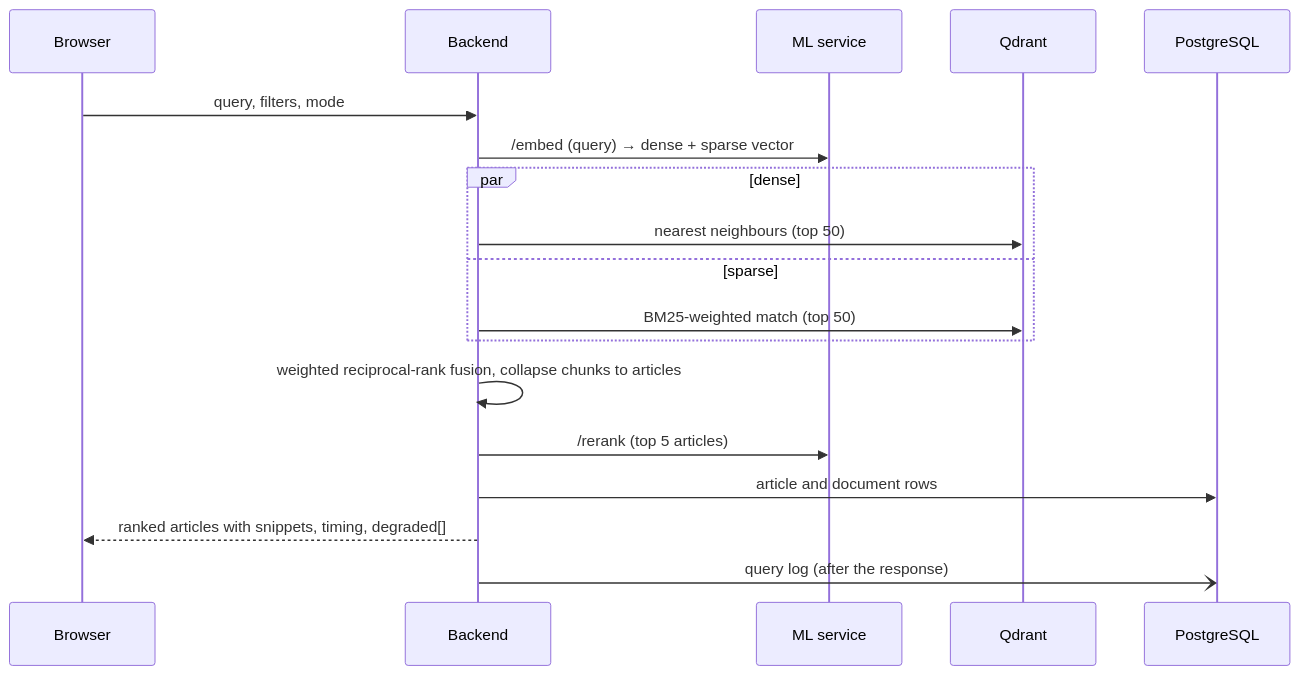
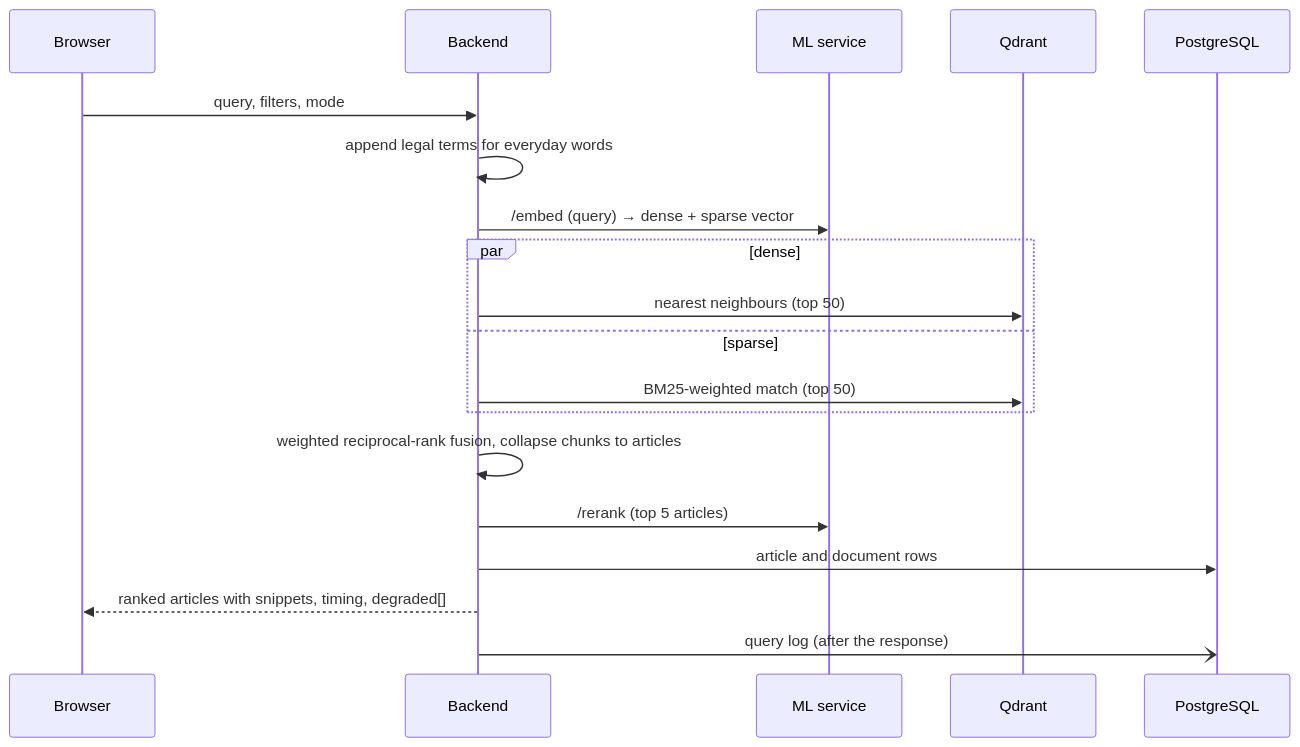
Before and after one commit to R0onen/adilet-search: the second of 6 diagrams in docs/tech/architecture.md, drawn with Mermaid. The commit also changed other lines of this file and 29 other files, not shown here.

````diff
--- a/docs/tech/architecture.md
+++ b/docs/tech/architecture.md
@@ -35,20 +35,21 @@
 ```mermaid
 sequenceDiagram
     participant U as Browser
     participant B as Backend
     participant M as ML service
     participant Q as Qdrant
     participant P as PostgreSQL
     U->>B: query, filters, mode
+    B->>B: append legal terms for everyday words
     B->>M: /embed (query) → dense + sparse vector
     par dense
         B->>Q: nearest neighbours (top 50)
     and sparse
         B->>Q: BM25-weighted match (top 50)
     end
     B->>B: weighted reciprocal-rank fusion, collapse chunks to articles
     B->>M: /rerank (top 5 articles)
     B->>P: article and document rows
     B-->>U: ranked articles with snippets, timing, degraded[]
     B-)P: query log (after the response)
 ```
````
